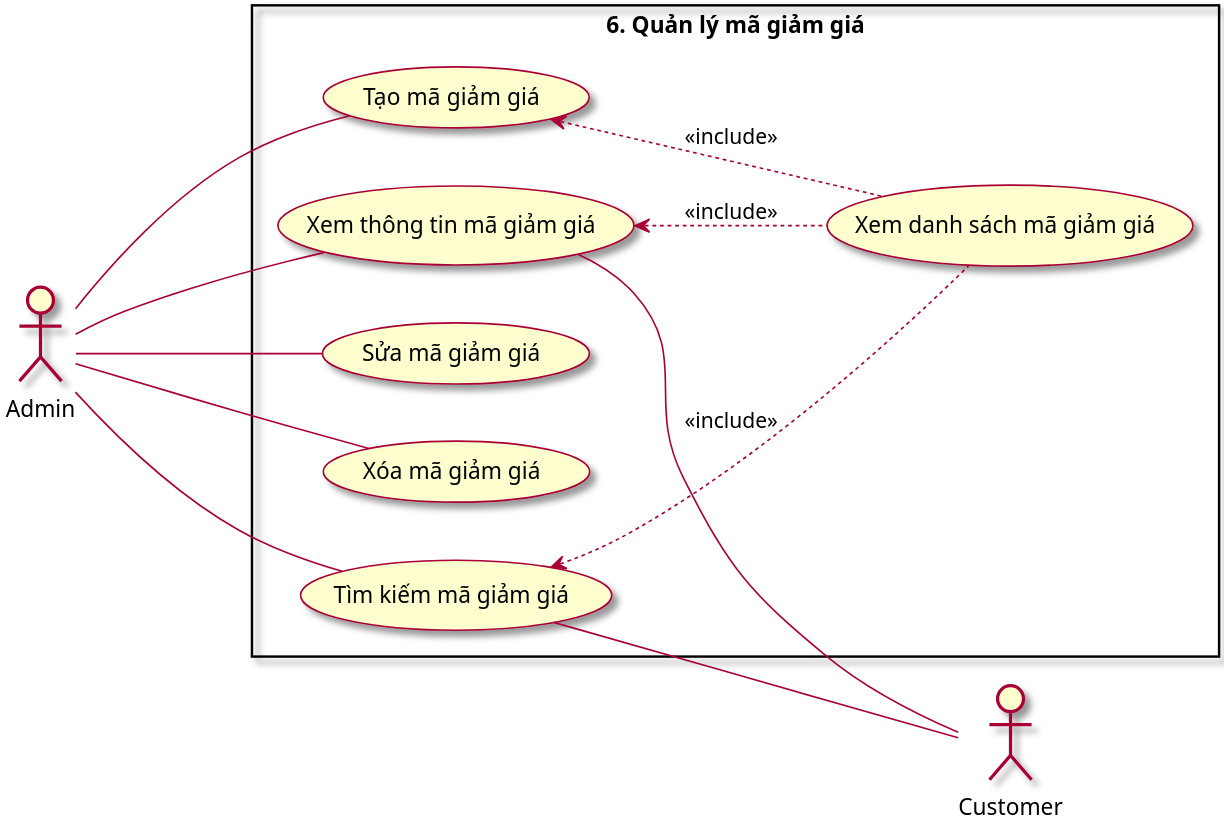
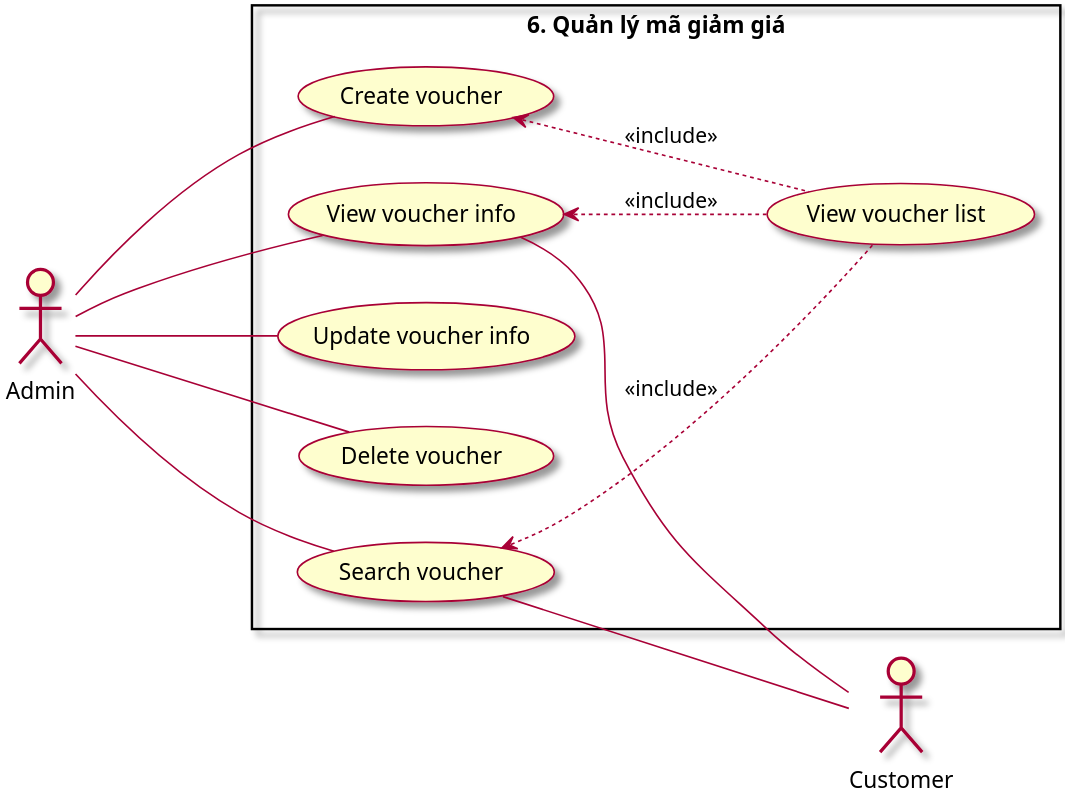
One commit to Marowota/ecommerce-plantuml changed the diagram in Usecase/6. ManageVoucher.puml. Above: the diagram before and after it, drawn with PlantUML. The commit also changed 10 other files, not shown here.

```diff
--- a/Usecase/6. ManageVoucher.puml
+++ b/Usecase/6. ManageVoucher.puml
@@ -1,32 +1,32 @@
 @startuml ManageVoucher
 
 left to right direction
 scale 3
 skin rose
 
 actor Admin as admin
 actor Customer as customer
 
 rectangle "6. Quản lý mã giảm giá" {
-    usecase (Tạo mã giảm giá) as tmgg
-    usecase (Xem thông tin mã giảm giá) as xttmgg
-    usecase (Xem danh sách mã giảm giá) as xdsmgg
-    usecase (Sửa mã giảm giá) as smgg
-    usecase (Xóa mã giảm giá) as xmgg
-    usecase (Tìm kiếm mã giảm giá) as tkmgg
+    usecase (Create voucher) as tmgg
+    usecase (View voucher info) as xttmgg
+    usecase (View voucher list) as xdsmgg
+    usecase (Update voucher info) as smgg
+    usecase (Delete voucher) as xmgg
+    usecase (Search voucher) as tkmgg
 }
 
 admin --- tmgg
 admin --- xttmgg
 admin --- smgg
 admin --- xmgg
 admin --- tkmgg
 
 xttmgg -- customer
 tkmgg -- customer
 
 tmgg <.. xdsmgg : <<include>>
 xttmgg <.. xdsmgg : <<include>>
 tkmgg <.. xdsmgg : <<include>>
 
 @enduml
```
